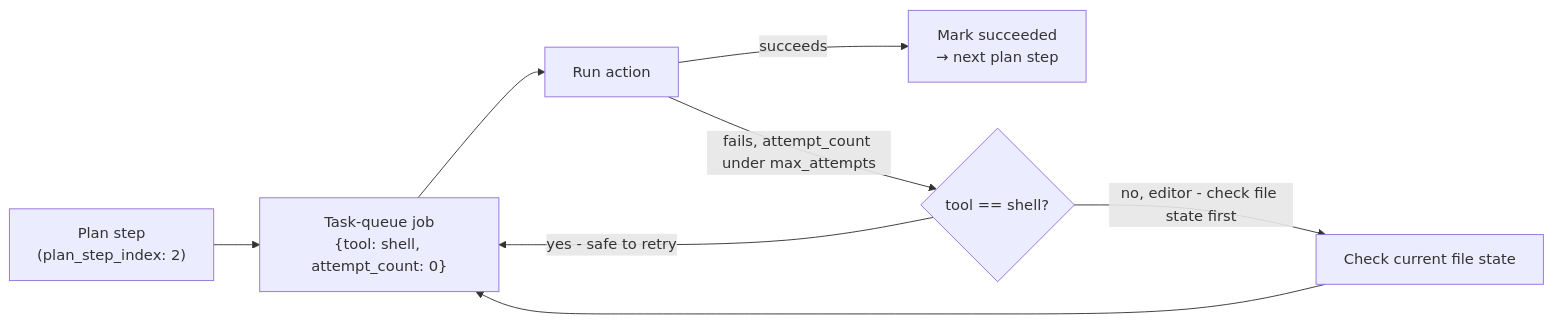
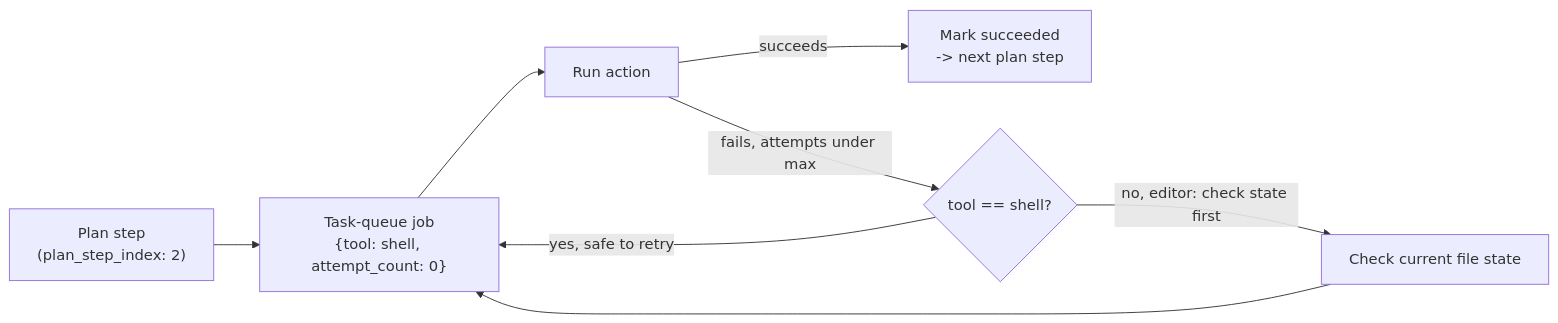
Before and after one commit to romancobblepot/AI-system-design-primer: the fourth of 7 diagrams in case-studies/autonomous-coding-agent/README.md, drawn with Mermaid. The commit also changed other lines of this file and 49 other files, not shown here.

````diff
--- a/case-studies/autonomous-coding-agent/README.md
+++ b/case-studies/autonomous-coding-agent/README.md
@@ -246,10 +316,10 @@
 ```mermaid
 flowchart LR
     PLAN["Plan step\n(plan_step_index: 2)"] --> JOB["Task-queue job\n{tool: shell, attempt_count: 0}"]
     JOB --> RUN["Run action"]
-    RUN -->|succeeds| NEXT["Mark succeeded\n→ next plan step"]
-    RUN -->|"fails, attempt_count under max_attempts"| RETRY{"tool == shell?"}
-    RETRY -->|"yes - safe to retry"| JOB
-    RETRY -->|"no, editor - check file state first"| CHECK["Check current file state"]
+    RUN -->|succeeds| NEXT["Mark succeeded\n-> next plan step"]
+    RUN -->|"fails, attempts under max"| RETRY{"tool == shell?"}
+    RETRY -->|"yes, safe to retry"| JOB
+    RETRY -->|"no, editor: check state first"| CHECK["Check current file state"]
     CHECK --> JOB
 ```
````
